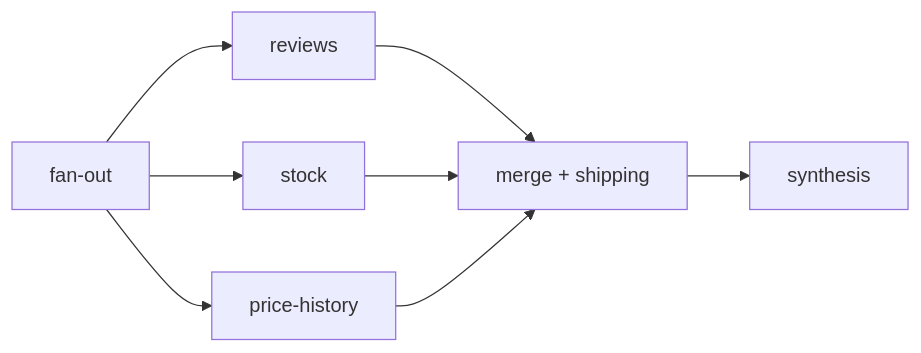
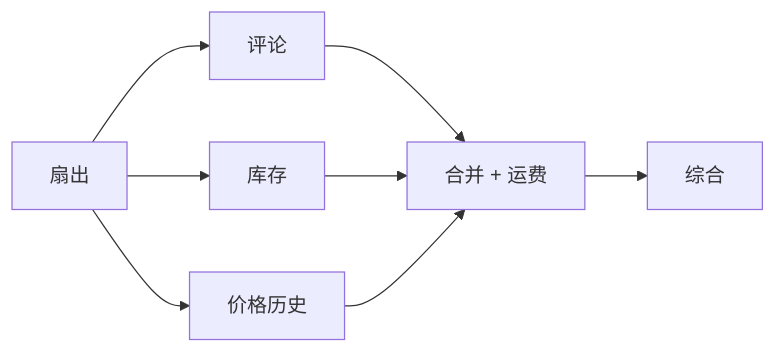
One commit to s1encisi/reliable-commerce-agents changed the first of 3 diagrams in docs/maf-best-practices.md. Above: the diagram before and after it, drawn with Mermaid. The commit also changed other lines of this file and 1033 other files, not shown here.

````diff
--- a/docs/maf-best-practices.md
+++ b/docs/maf-best-practices.md
@@ -84,10 +81,10 @@
 ```mermaid
 flowchart LR
-    FO[fan-out] --> R[reviews]
-    FO --> S[stock]
-    FO --> P[price-history]
-    R --> M[merge + shipping]
+    FO[扇出] --> R[评论]
+    FO --> S[库存]
+    FO --> P[价格历史]
+    R --> M[合并 + 运费]
     S --> M
     P --> M
-    M --> SY[synthesis]
+    M --> SY[综合]
 ```
````
